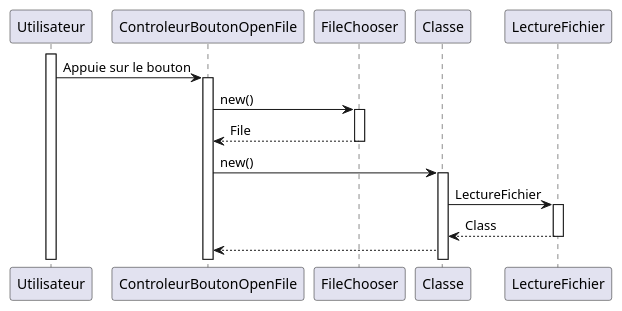
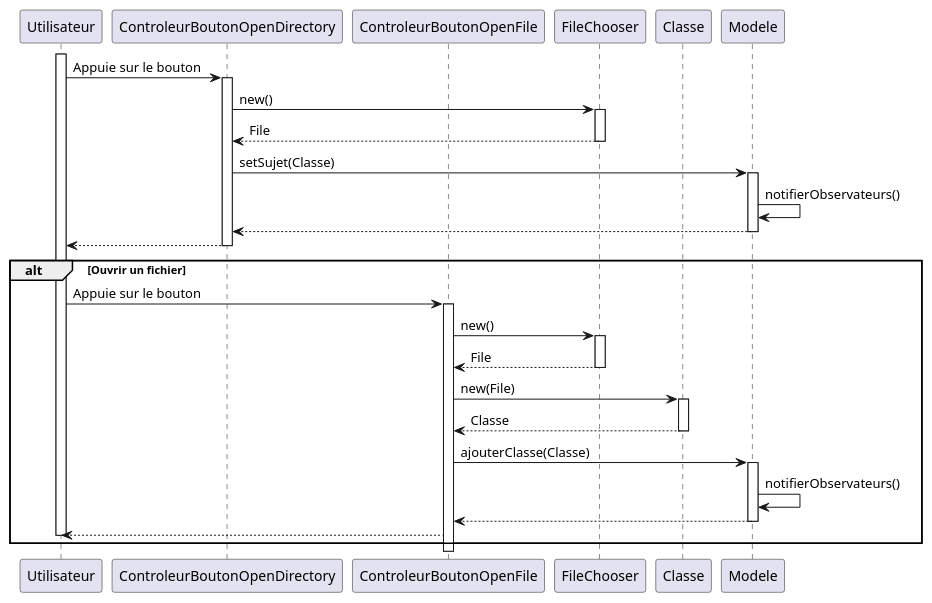
Before and after one commit to IUT-NC-SAE-DevApp-S3E/groupe-5: the diagram in Documents/Iteration2/Diagramme sequence ouvrir un dossier.plantuml, drawn with PlantUML. The commit also changed 5 other files, not shown here.

```diff
--- a/Documents/Iteration2/Diagramme sequence ouvrir un dossier.plantuml
+++ b/Documents/Iteration2/Diagramme sequence ouvrir un dossier.plantuml
@@ -1,33 +1,49 @@
 @startuml Diagramme sequence
 
 participant "Utilisateur" as U
 
-participant "ControleurBoutonOpenFile" as CBOF
+participant "ControleurBoutonOpenDirectory" as CBOF
+
+participant "ControleurBoutonOpenFile" as CBSF
 
 participant "FileChooser" as FC
 
 participant "Classe" as C
 
-participant "LectureFichier" as LF
 
+participant "Modele" as M
 activate U 
 U -> CBOF : Appuie sur le bouton 
 activate CBOF
 CBOF -> FC : new()
 activate FC
 FC --> CBOF : File
 deactivate FC
-CBOF -> C : new()
-activate C
-C -> LF : LectureFichier
-activate LF
-LF --> C : Class
-deactivate LF
-C --> CBOF
+CBOF -> M : setSujet(Classe)
+activate M
+M -> M : notifierObservateurs()
+M --> CBOF
+deactivate M
+CBOF --> U
+deactivate CBOF
+alt Ouvrir un fichier
+    U -> CBSF : Appuie sur le bouton
+    activate CBSF
+    CBSF -> FC : new()
+    activate FC
+    FC --> CBSF : File
+    deactivate FC
+    CBSF -> C : new(File)
+    activate C
+    C --> CBSF : Classe
+    deactivate C
+    CBSF -> M : ajouterClasse(Classe)
+    activate M
+    M -> M : notifierObservateurs()
+    M --> CBSF
+    deactivate M
+    CBSF --> U
+    deactivate U
 
-
-
-
-
-
+end
 @enduml
```
